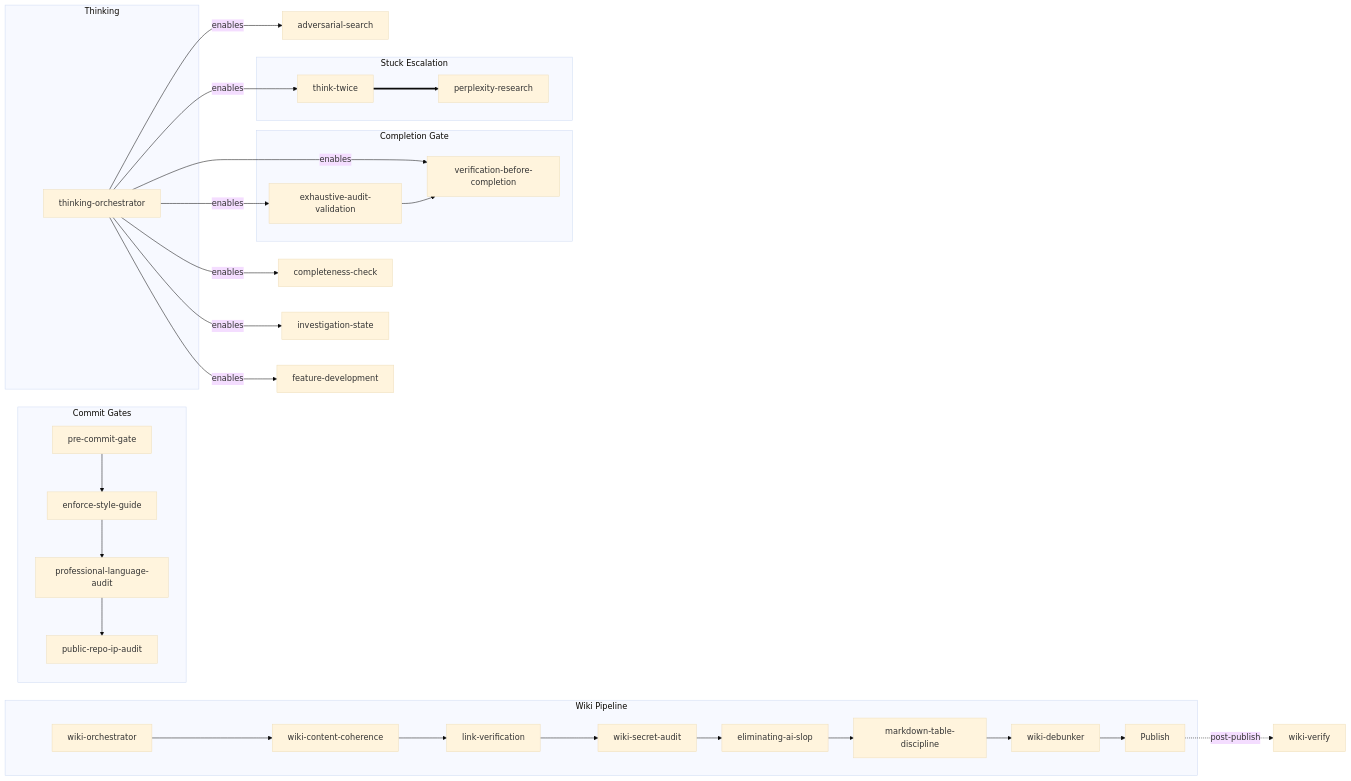
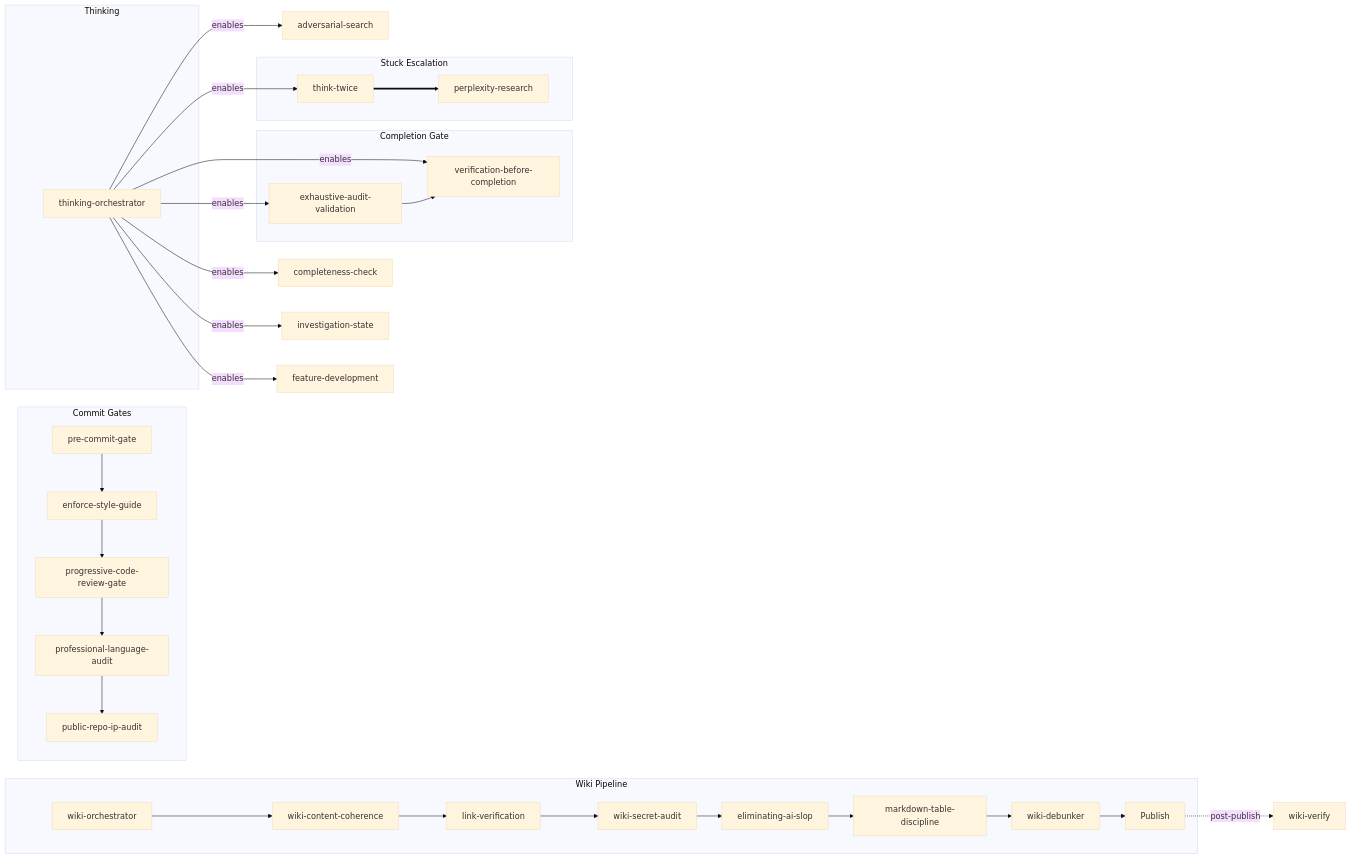
One commit to bordenet/superpowers-plus changed the diagram in README.md. Above: the diagram before and after it, drawn with Mermaid (base theme). The commit also changed other lines of this file and 30 other files, not shown here.

Commit message:
feat: multi-agent task claiming with TTL expiry, progressive-code-review-gate, TODO immutability layers

````diff
--- a/README.md
+++ b/README.md
@@ -202,40 +203,41 @@
 ```mermaid
 graph LR
   subgraph commit-gates["Commit Gates"]
     pre_commit_gate["pre-commit-gate"] --> enforce_style_guide["enforce-style-guide"]
-    enforce_style_guide --> professional_language_audit["professional-language-audit"]
+    enforce_style_guide --> progressive_code_review_gate["progressive-code-review-gate"]
+    progressive_code_review_gate --> professional_language_audit["professional-language-audit"]
     professional_language_audit --> public_repo_ip_audit["public-repo-ip-audit"]
   end
 
   subgraph completion-gate["Completion Gate"]
     exhaustive_audit_validation["exhaustive-audit-validation"] --> verification_before_completion["verification-before-completion"]
   end
 
   subgraph thinking["Thinking"]
     thinking_orchestrator["thinking-orchestrator"]
   end
 
   subgraph wiki-pipeline["Wiki Pipeline"]
     wiki_orchestrator["wiki-orchestrator"] --> wiki_content_coherence["wiki-content-coherence"]
     wiki_content_coherence --> link_verification["link-verification"]
     link_verification --> wiki_secret_audit["wiki-secret-audit"]
     wiki_secret_audit --> eliminating_ai_slop["eliminating-ai-slop"]
     eliminating_ai_slop --> markdown_table_discipline["markdown-table-discipline"]
     markdown_table_discipline --> wiki_debunker["wiki-debunker"]
     wiki_debunker --> publish["Publish"]
   end
 
   publish -.->|post-publish| wiki_verify["wiki-verify"]
 
   subgraph stuck-escalation["Stuck Escalation"]
     think_twice["think-twice"] ==> perplexity_research["perplexity-research"]
   end
 
   thinking_orchestrator -->|enables| adversarial_search["adversarial-search"]
   thinking_orchestrator -->|enables| think_twice
   thinking_orchestrator -->|enables| verification_before_completion
   thinking_orchestrator -->|enables| exhaustive_audit_validation
   thinking_orchestrator -->|enables| completeness_check["completeness-check"]
   thinking_orchestrator -->|enables| investigation_state["investigation-state"]
   thinking_orchestrator -->|enables| feature_development["feature-development"]
 ```
````
